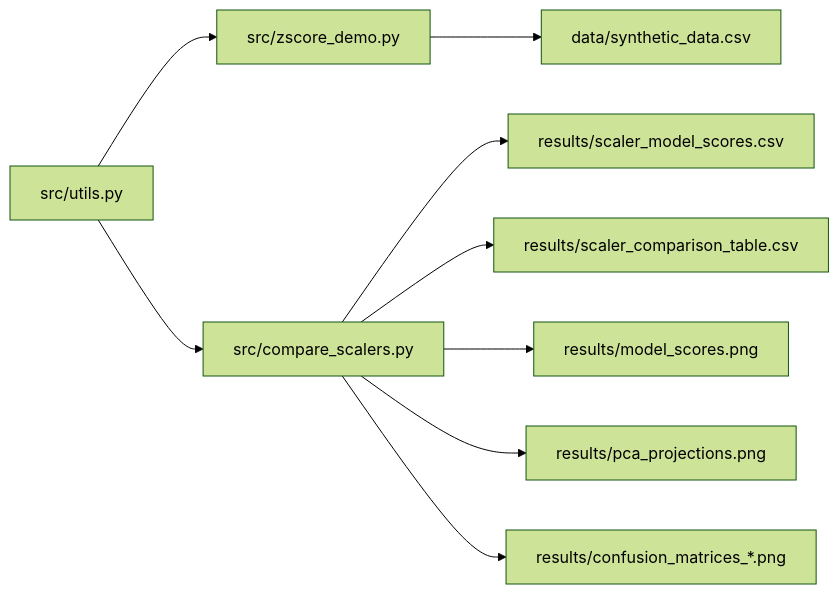
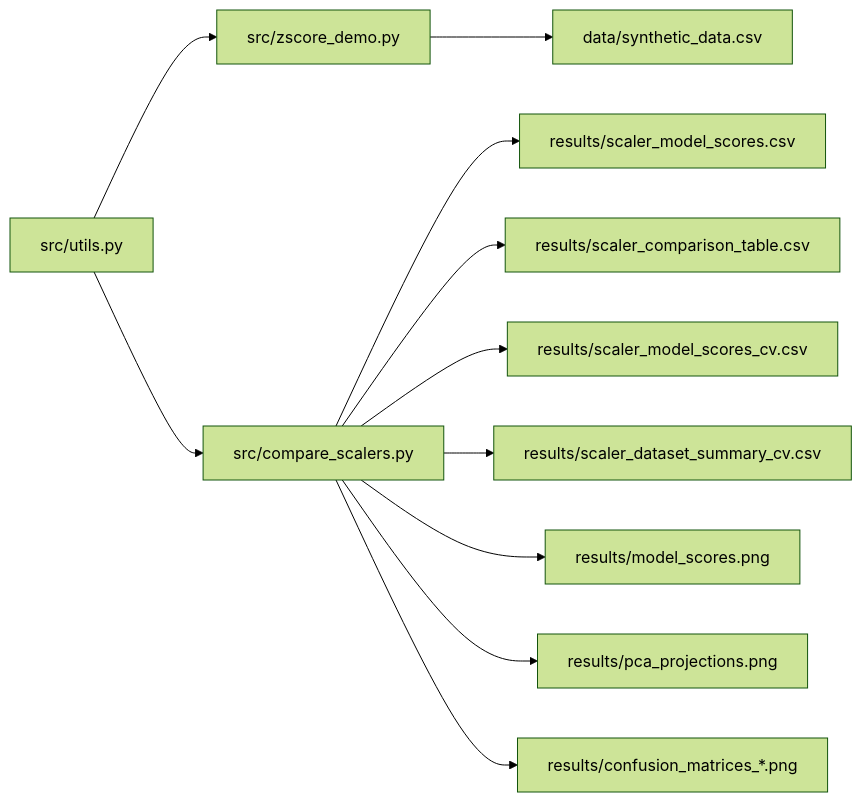
One commit to hkevin01/zscore_ml_project changed the diagram in README.md. Above: the diagram before and after it, drawn with Mermaid (forest theme). The commit also changed other lines of this file, not shown here.

````diff
--- a/README.md
+++ b/README.md
@@ -114,11 +76,13 @@
 ```mermaid
 flowchart LR
     A[src/zscore_demo.py] --> B[data/synthetic_data.csv]
     C[src/compare_scalers.py] --> D[results/scaler_model_scores.csv]
     C --> E[results/scaler_comparison_table.csv]
-    C --> F[results/model_scores.png]
-    C --> G[results/pca_projections.png]
-    C --> H[results/confusion_matrices_*.png]
-    I[src/utils.py] --> A
-    I --> C
+    C --> F[results/scaler_model_scores_cv.csv]
+    C --> G[results/scaler_dataset_summary_cv.csv]
+    C --> H[results/model_scores.png]
+    C --> I[results/pca_projections.png]
+    C --> J[results/confusion_matrices_*.png]
+    K[src/utils.py] --> A
+    K --> C
 ```
````
